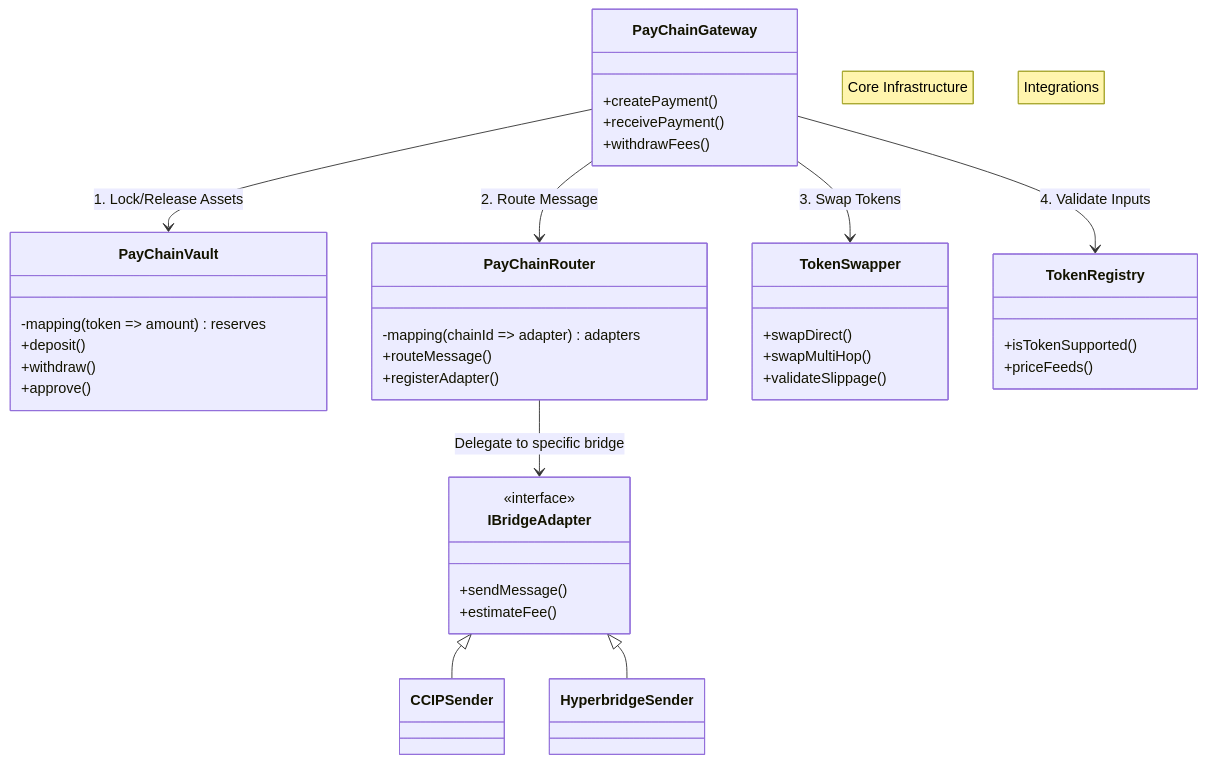
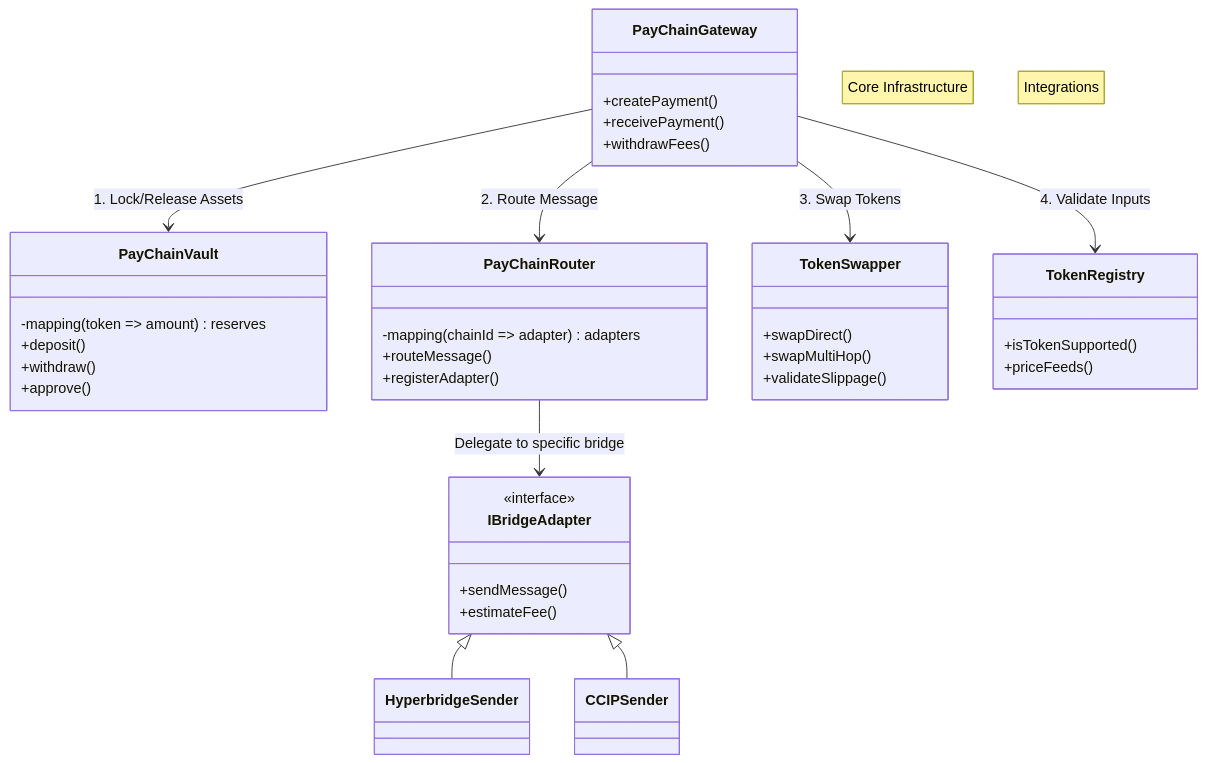
Before and after one commit to Pay-Chain/pay-chain.evm.smartcontract: the fourth of 4 diagrams in README.md, drawn with Mermaid. The commit also changed other lines of this file and 2 other files, not shown here.

Commit message:
change main crosschain bridge priority from CCIP to Hyperbridge

````diff
--- a/README.md
+++ b/README.md
@@ -130,45 +130,45 @@
 ```mermaid
 classDiagram
     note "Core Infrastructure"
     class PayChainGateway {
         +createPayment()
         +receivePayment()
         +withdrawFees()
     }
     class PayChainVault {
         -mapping(token => amount) reserves
         +deposit()
         +withdraw()
         +approve()
     }
     class PayChainRouter {
         -mapping(chainId => adapter) adapters
         +routeMessage()
         +registerAdapter()
     }
     
     note "Integrations"
     class TokenSwapper {
         +swapDirect()
         +swapMultiHop()
         +validateSlippage()
     }
     class TokenRegistry {
         +isTokenSupported()
         +priceFeeds()
     }
     class IBridgeAdapter {
         <<interface>>
         +sendMessage()
         +estimateFee()
     }
 
     PayChainGateway --> PayChainVault : 1. Lock/Release Assets
     PayChainGateway --> PayChainRouter : 2. Route Message
     PayChainGateway --> TokenSwapper : 3. Swap Tokens
     PayChainGateway --> TokenRegistry : 4. Validate Inputs
     
     PayChainRouter --> IBridgeAdapter : Delegate to specific bridge
+    IBridgeAdapter <|-- HyperbridgeSender
     IBridgeAdapter <|-- CCIPSender
-    IBridgeAdapter <|-- HyperbridgeSender
 ```
````
